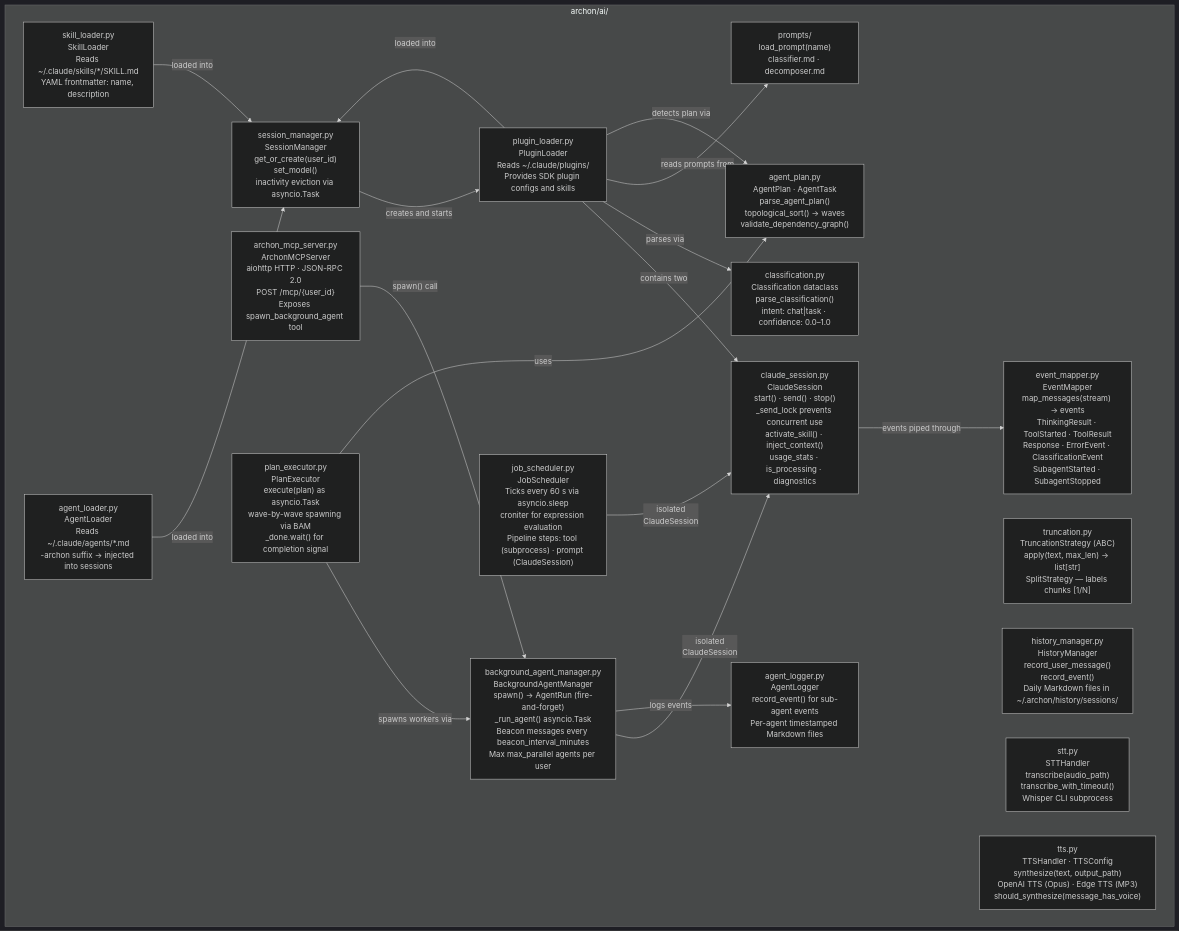
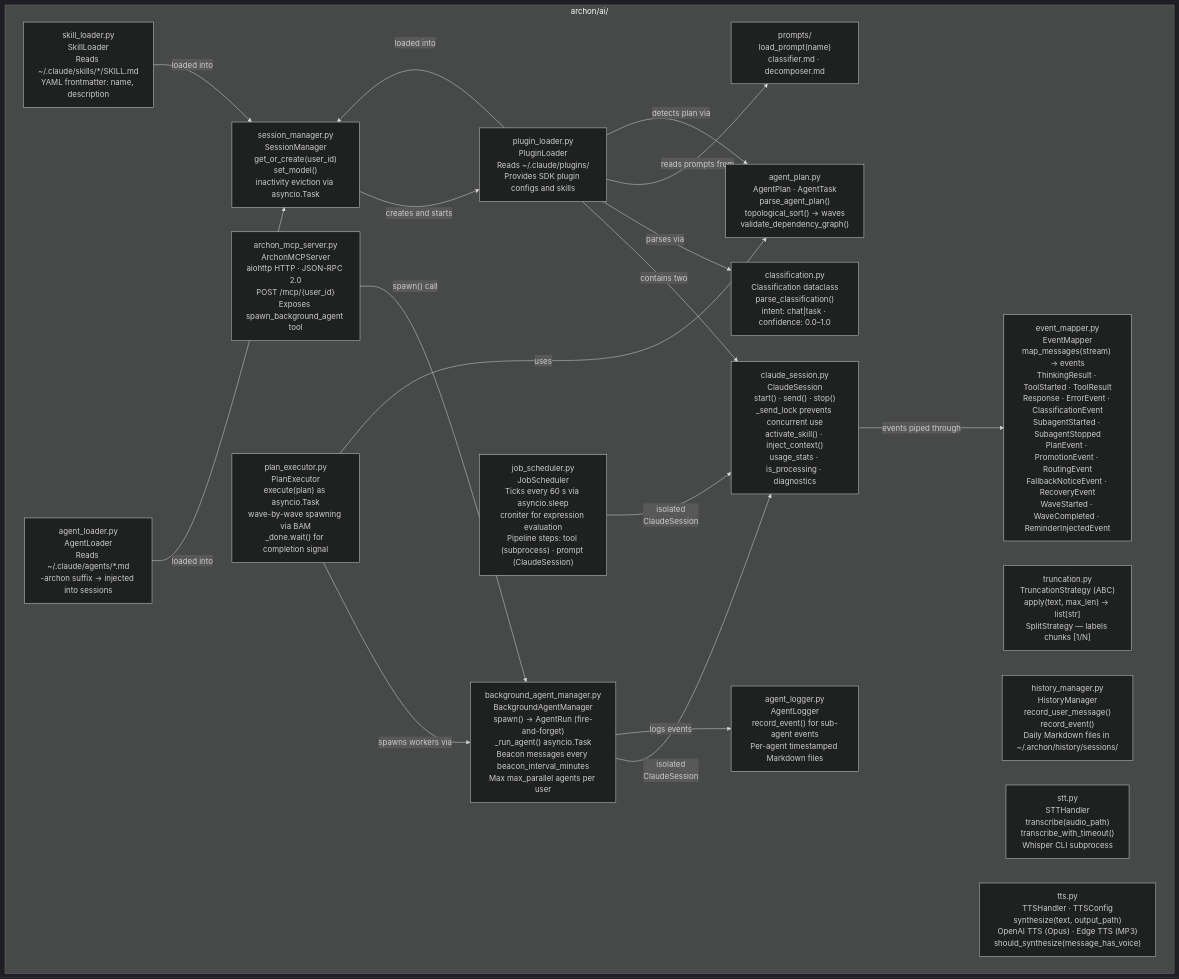
One commit to user538295/archon-assistant changed the fourth of 6 diagrams in Documentation/Architecture/100_system_architecture_overview.md. Above: the diagram before and after it, drawn with Mermaid (dark theme). The commit also changed other lines of this file and 27 other files, not shown here.

````diff
--- a/Documentation/Architecture/100_system_architecture_overview.md
+++ b/Documentation/Architecture/100_system_architecture_overview.md
@@ -165,40 +165,40 @@
 ```mermaid
 graph TB
     subgraph ai["archon/ai/"]
         sm["session_manager.py<br/>SessionManager<br/>get_or_create(user_id)<br/>set_model()<br/>inactivity eviction via asyncio.Task"]
         pl["pipeline.py<br/>Pipeline<br/>Classifier (Haiku) → Decomposer (user model)<br/>Duck-types as ClaudeSession<br/>Graceful degradation on Classifier failure"]
         cs["claude_session.py<br/>ClaudeSession<br/>start() · send() · stop()<br/>_send_lock prevents concurrent use<br/>activate_skill() · inject_context()<br/>usage_stats · is_processing · diagnostics"]
         cls["classification.py<br/>Classification dataclass<br/>parse_classification()<br/>intent: chat|task · confidence: 0.0–1.0"]
         prompts["prompts/<br/>load_prompt(name)<br/>classifier.md · decomposer.md"]
-        em["event_mapper.py<br/>EventMapper<br/>map_messages(stream) → events<br/>ThinkingResult · ToolStarted · ToolResult<br/>Response · ErrorEvent · ClassificationEvent<br/>SubagentStarted · SubagentStopped"]
+        em["event_mapper.py<br/>EventMapper<br/>map_messages(stream) → events<br/>ThinkingResult · ToolStarted · ToolResult<br/>Response · ErrorEvent · ClassificationEvent<br/>SubagentStarted · SubagentStopped<br/>PlanEvent · PromotionEvent · RoutingEvent<br/>FallbackNoticeEvent · RecoveryEvent<br/>WaveStarted · WaveCompleted · ReminderInjectedEvent"]
         trunc["truncation.py<br/>TruncationStrategy (ABC)<br/>apply(text, max_len) → list[str]<br/>SplitStrategy — labels chunks [1/N]"]
         sl["skill_loader.py<br/>SkillLoader<br/>Reads ~/.claude/skills/*/SKILL.md<br/>YAML frontmatter: name, description"]
         pl["plugin_loader.py<br/>PluginLoader<br/>Reads ~/.claude/plugins/<br/>Provides SDK plugin configs and skills"]
         ald["agent_loader.py<br/>AgentLoader<br/>Reads ~/.claude/agents/*.md<br/>-archon suffix → injected into sessions"]
         hm["history_manager.py<br/>HistoryManager<br/>record_user_message()<br/>record_event()<br/>Daily Markdown files in ~/.archon/history/sessions/"]
         agl["agent_logger.py<br/>AgentLogger<br/>record_event() for sub-agent events<br/>Per-agent timestamped Markdown files"]
         bam["background_agent_manager.py<br/>BackgroundAgentManager<br/>spawn() → AgentRun (fire-and-forget)<br/>_run_agent() asyncio.Task<br/>Beacon messages every beacon_interval_minutes<br/>Max max_parallel agents per user"]
         mcp["archon_mcp_server.py<br/>ArchonMCPServer<br/>aiohttp HTTP · JSON-RPC 2.0<br/>POST /mcp/{user_id}<br/>Exposes spawn_background_agent tool"]
         sched2["job_scheduler.py<br/>JobScheduler<br/>Ticks every 60 s via asyncio.sleep<br/>croniter for expression evaluation<br/>Pipeline steps: tool (subprocess) · prompt (ClaudeSession)"]
         ap["agent_plan.py<br/>AgentPlan · AgentTask<br/>parse_agent_plan()<br/>topological_sort() → waves<br/>validate_dependency_graph()"]
         pe["plan_executor.py<br/>PlanExecutor<br/>execute(plan) as asyncio.Task<br/>wave-by-wave spawning via BAM<br/>_done.wait() for completion signal"]
         stt["stt.py<br/>STTHandler<br/>transcribe(audio_path)<br/>transcribe_with_timeout()<br/>Whisper CLI subprocess"]
         tts["tts.py<br/>TTSHandler · TTSConfig<br/>synthesize(text, output_path)<br/>OpenAI TTS (Opus) · Edge TTS (MP3)<br/>should_synthesize(message_has_voice)"]
     end
 
     sm -->|"creates and starts"| pl
     pl -->|"contains two"| cs
     pl -->|"parses via"| cls
     pl -->|"reads prompts from"| prompts
     pl -->|"detects plan via"| ap
     cs -->|"events piped through"| em
     sl -->|"loaded into"| sm
     pl -->|"loaded into"| sm
     ald -->|"loaded into"| sm
     mcp -->|"spawn() call"| bam
     bam -->|"isolated<br/>ClaudeSession"| cs
     bam -->|"logs events"| agl
     sched2 -->|"isolated<br/>ClaudeSession"| cs
     pe -->|"spawns workers via"| bam
     pe -->|"uses"| ap
 ```
````
